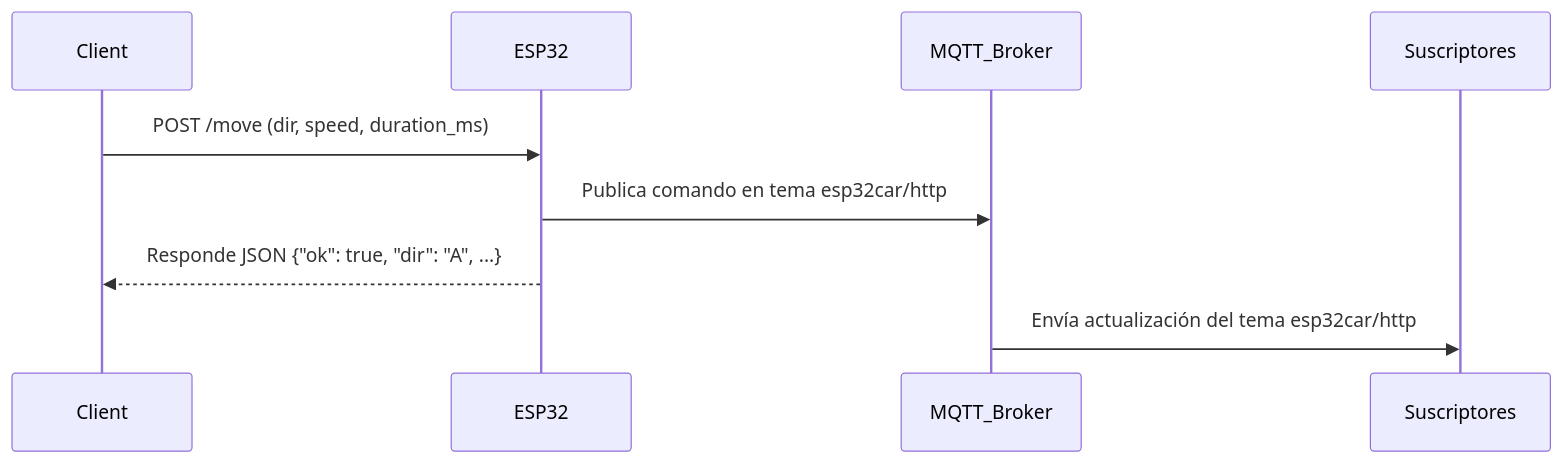
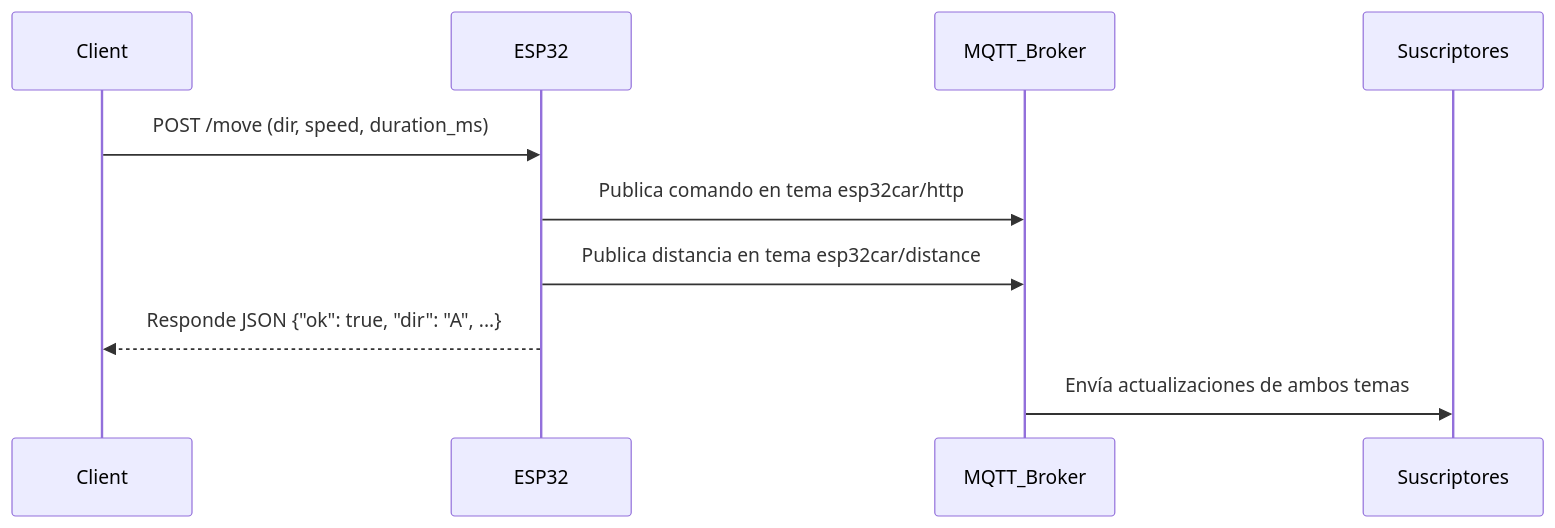
The diagram in README.md (isadiazac/Control_carro_iot), drawn with Mermaid before and after one commit. The commit also changed other lines of this file and 3 other files, not shown here.

````diff
--- a/README.md
+++ b/README.md
@@ -133,12 +248,13 @@
 ```mermaid
 sequenceDiagram
     participant Client
     participant ESP32
     participant MQTT_Broker
     participant Suscriptores
 
     Client->>ESP32: POST /move (dir, speed, duration_ms)
     ESP32->>MQTT_Broker: Publica comando en tema esp32car/http
+    ESP32->>MQTT_Broker: Publica distancia en tema esp32car/distance
     ESP32-->>Client: Responde JSON {"ok": true, "dir": "A", ...}
-    MQTT_Broker->>Suscriptores: Envía actualización del tema esp32car/http
+    MQTT_Broker->>Suscriptores: Envía actualizaciones de ambos temas
 ```
````
